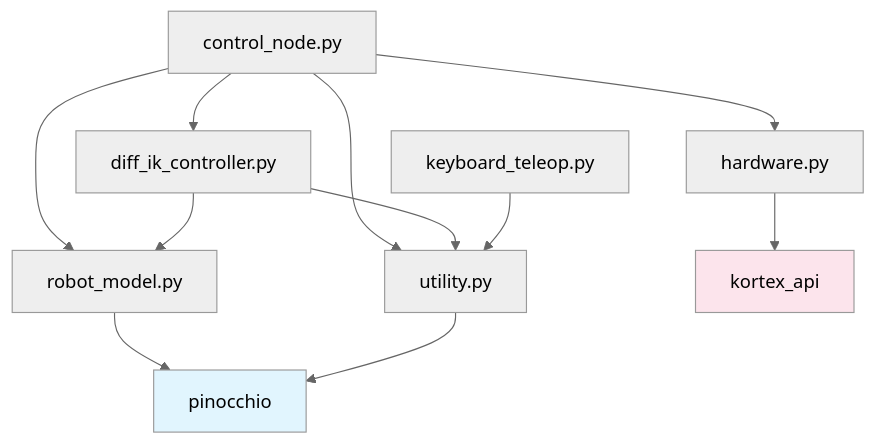
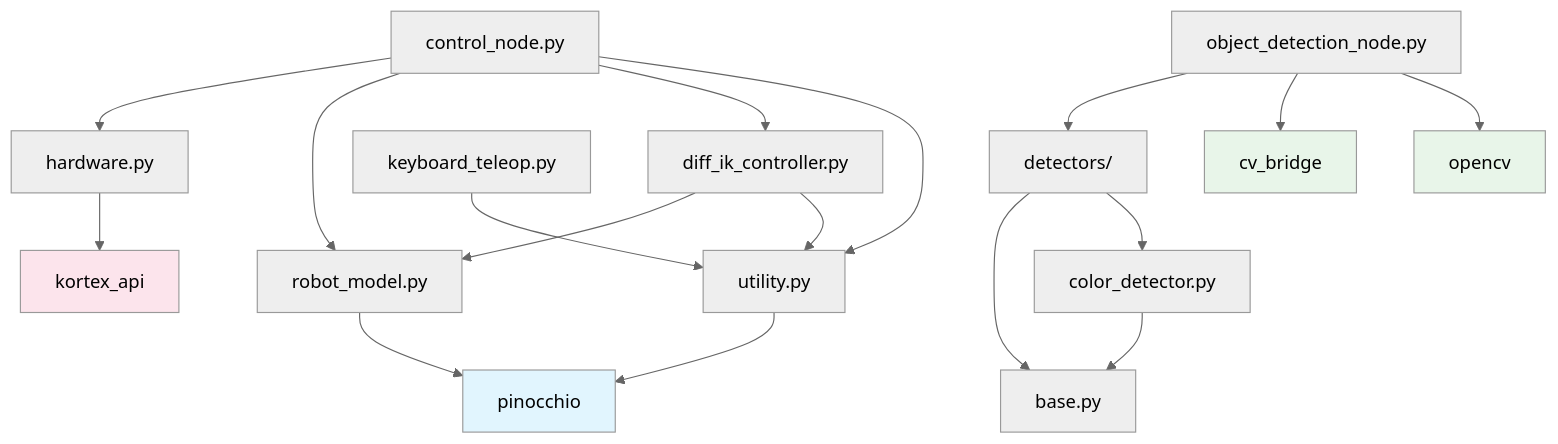
One commit to sudhirpratapyadav/manipulators changed the seventh of 14 diagrams in ros2_ws/src/manipulators/docs/diagrams.md. Above: the diagram before and after it, drawn with Mermaid (neutral theme). The commit also changed other lines of this file and 20 other files, not shown here.

````diff
--- a/ros2_ws/src/manipulators/docs/diagrams.md
+++ b/ros2_ws/src/manipulators/docs/diagrams.md
@@ -239,19 +250,28 @@
 ```mermaid
 graph TD
     CN[control_node.py] --> HW[hardware.py]
     CN --> RM[robot_model.py]
     CN --> DI[diff_ik_controller.py]
     CN --> UT[utility.py]
 
     DI --> RM
     DI --> UT
 
     KT[keyboard_teleop.py] --> UT
 
+    OD[object_detection_node.py] --> DET[detectors/]
+    DET --> DB[base.py]
+    DET --> CD[color_detector.py]
+    CD --> DB
+    OD --> CVB[cv_bridge]
+    OD --> CV[opencv]
+
     RM --> PIN[pinocchio]
     HW --> KORTEX[kortex_api]
     UT --> PIN
 
     style PIN fill:#e1f5fe
     style KORTEX fill:#fce4ec
+    style CVB fill:#e8f5e9
+    style CV fill:#e8f5e9
 ```
````
